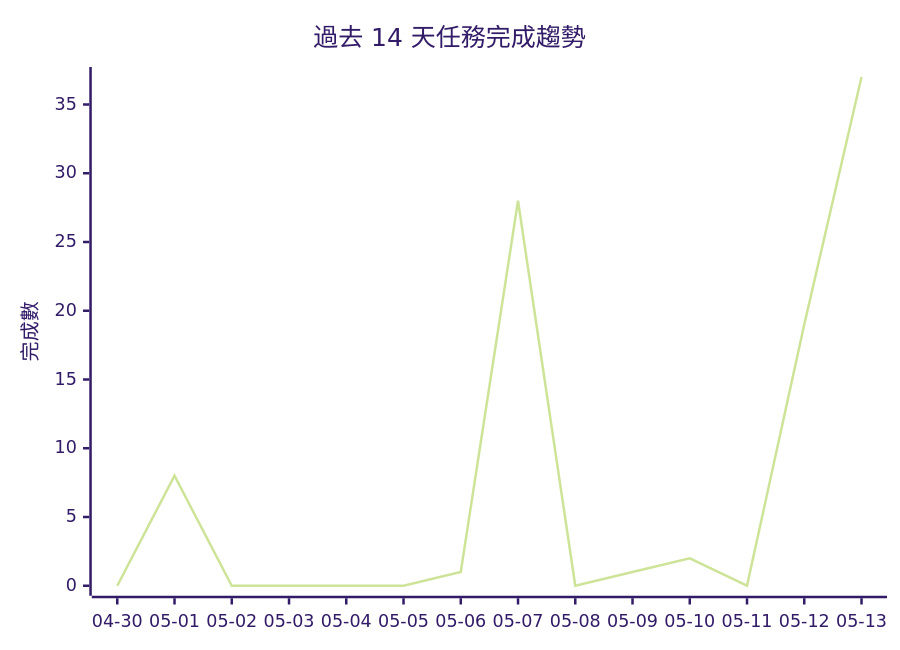
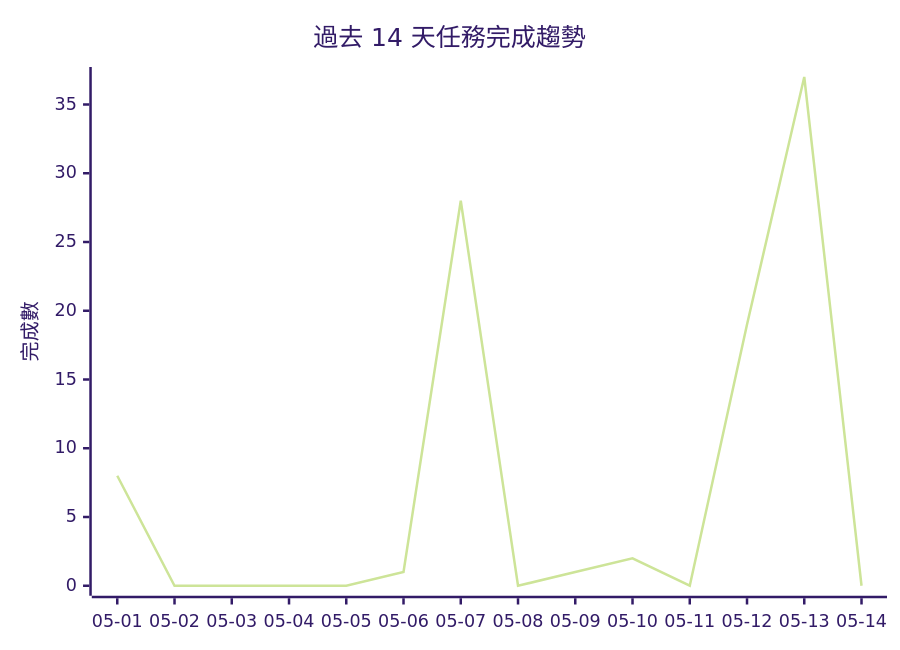
One commit to openclawchen8-lgtm/openclawchen8-lgtm changed the diagram in README.md. Above: the diagram before and after it, drawn with Mermaid (forest theme). The commit also changed other lines of this file, not shown here.

````diff
--- a/README.md
+++ b/README.md
@@ -79,7 +81,7 @@
 ```mermaid
 xychart-beta
     title "過去 14 天任務完成趨勢"
-    x-axis ["04-30", "05-01", "05-02", "05-03", "05-04", "05-05", "05-06", "05-07", "05-08", "05-09", "05-10", "05-11", "05-12", "05-13"]
+    x-axis ["05-01", "05-02", "05-03", "05-04", "05-05", "05-06", "05-07", "05-08", "05-09", "05-10", "05-11", "05-12", "05-13", "05-14"]
     y-axis "完成數" 0 --> 37
-    line [0, 8, 0, 0, 0, 0, 1, 28, 0, 1, 2, 0, 19, 37]
+    line [8, 0, 0, 0, 0, 1, 28, 0, 1, 2, 0, 19, 37, 0]
 ```
````
